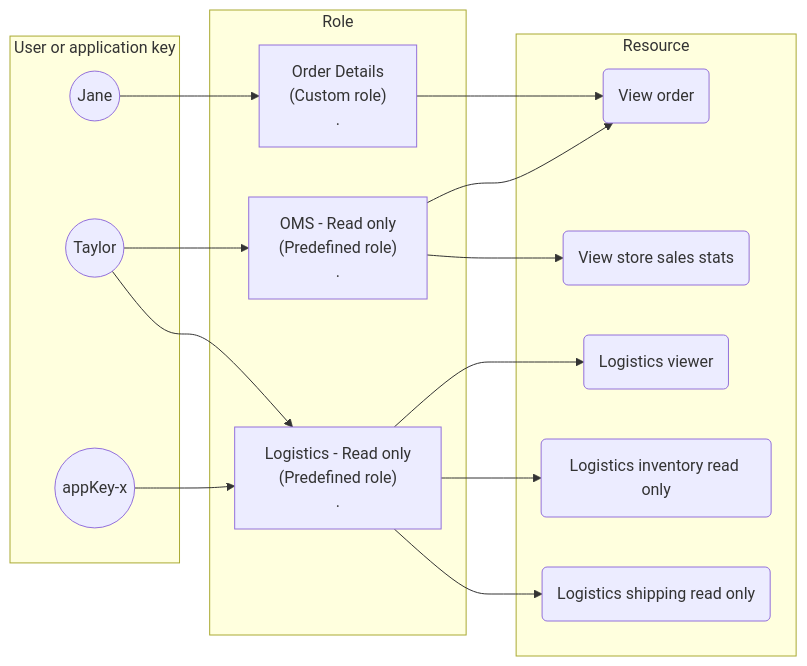
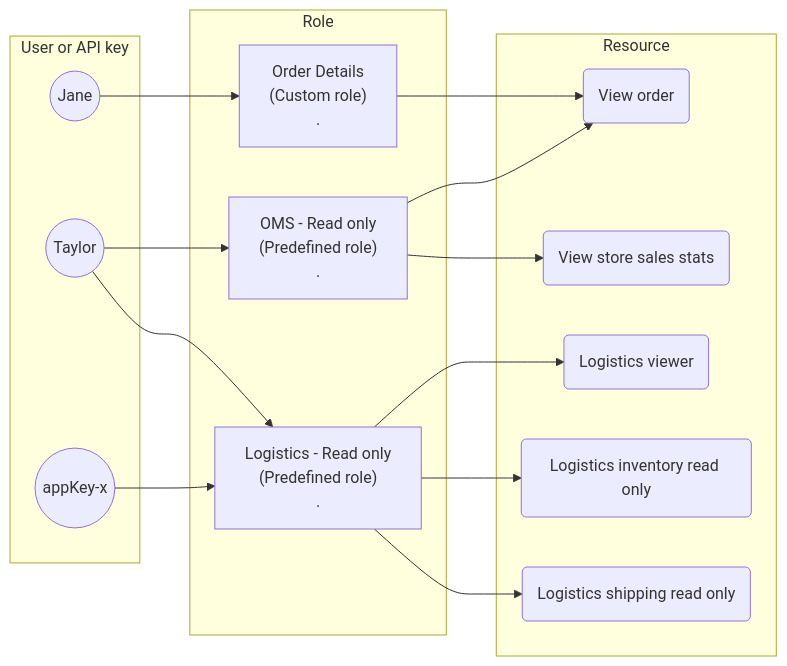
Before and after one commit to vtexdocs/dev-portal-content: the diagram in docs/guides/VTEX-Platform-Overview/security.md, drawn with Mermaid. The commit also changed other lines of this file and 16 other files, not shown here.

Commit message:
update: replace application key and token with API key and token

````diff
--- a/docs/guides/VTEX-Platform-Overview/security.md
+++ b/docs/guides/VTEX-Platform-Overview/security.md
@@ -84,36 +84,36 @@
 ```mermaid
 graph LR
-subgraph User or application key
+subgraph User or API key
 A((Jane))
 B((Taylor))
 C((appKey-x))
 end
 
 subgraph Role
 D["Order Details
 (Custom role)
 ."]
 E["OMS - Read only
 (Predefined role)
 ."]
 F["Logistics - Read only
 (Predefined role)
 ."]
 end
 
 subgraph Resource
 G(View store sales stats)
 H(View order)
 I(Logistics viewer)
 J(Logistics inventory read only)
 K(Logistics shipping read only)
 end
 
 A --> D --> H
 B --> E --> H
 E --> G
 C --> F --> I
 B --> F
 F --> J
 F --> K
 ```
````
